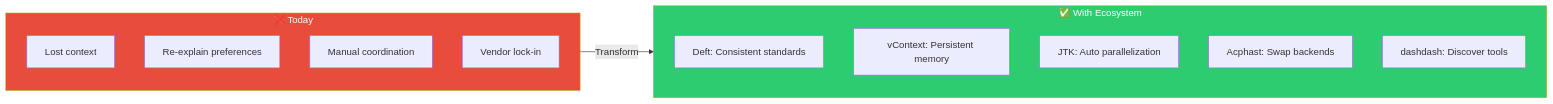
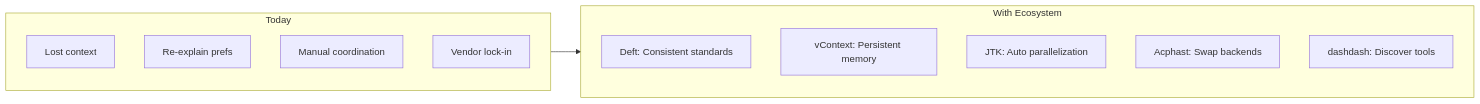
Before and after one commit to visionik/acphast: the ninth of 10 diagrams in docs/VISIONIK-AI-ROADMAP.md, drawn with Mermaid. The commit also changed other lines of this file, not shown here.

Commit message:
Fix Mermaid: remove colors, fix text in boxes

````diff
--- a/docs/VISIONIK-AI-ROADMAP.md
+++ b/docs/VISIONIK-AI-ROADMAP.md
@@ -355,24 +317,19 @@
 ```mermaid
 flowchart LR
-    subgraph Today["❌ Today"]
-        direction TB
+    subgraph Today["Today"]
         T1["Lost context"]
-        T2["Re-explain preferences"]
+        T2["Re-explain prefs"]
         T3["Manual coordination"]
         T4["Vendor lock-in"]
     end
     
-    subgraph Future["✅ With Ecosystem"]
-        direction TB
+    subgraph Future["With Ecosystem"]
         F1["Deft: Consistent standards"]
         F2["vContext: Persistent memory"]
         F3["JTK: Auto parallelization"]
         F4["Acphast: Swap backends"]
         F5["dashdash: Discover tools"]
     end
     
-    Today --> |"Transform"| Future
-    
-    style Today fill:#e74c3c,color:#fff
-    style Future fill:#2ecc71,color:#fff
+    Today --> Future
 ```
````
